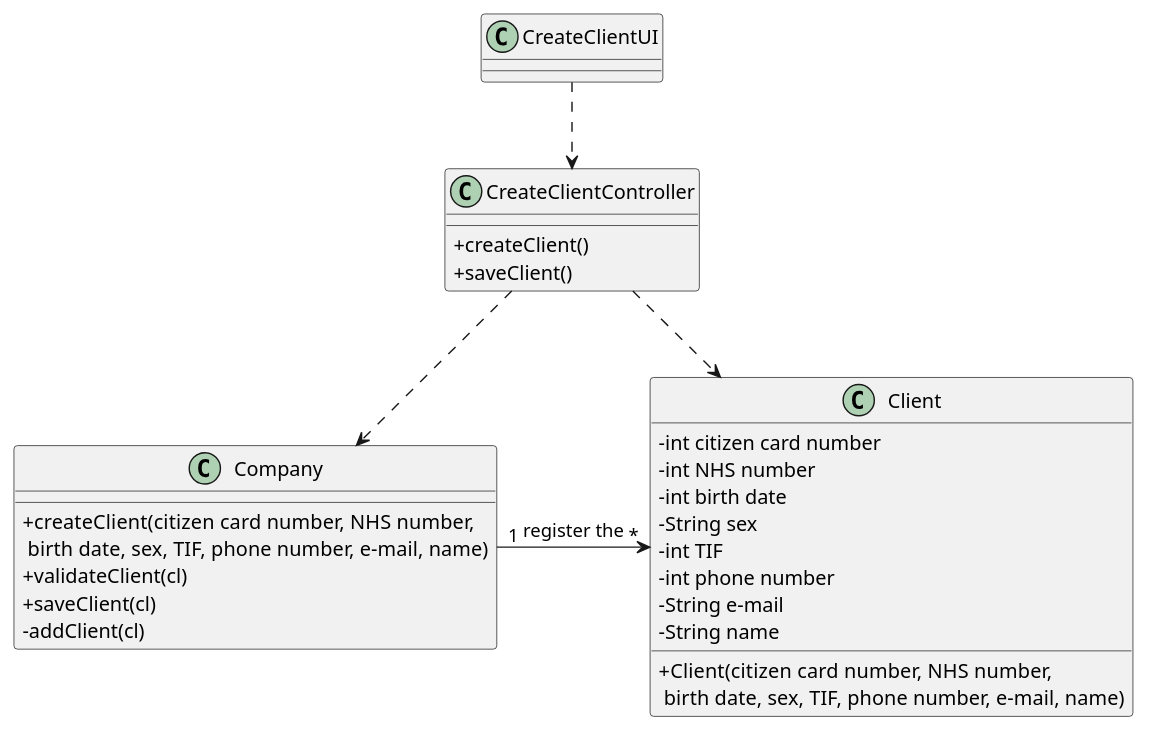
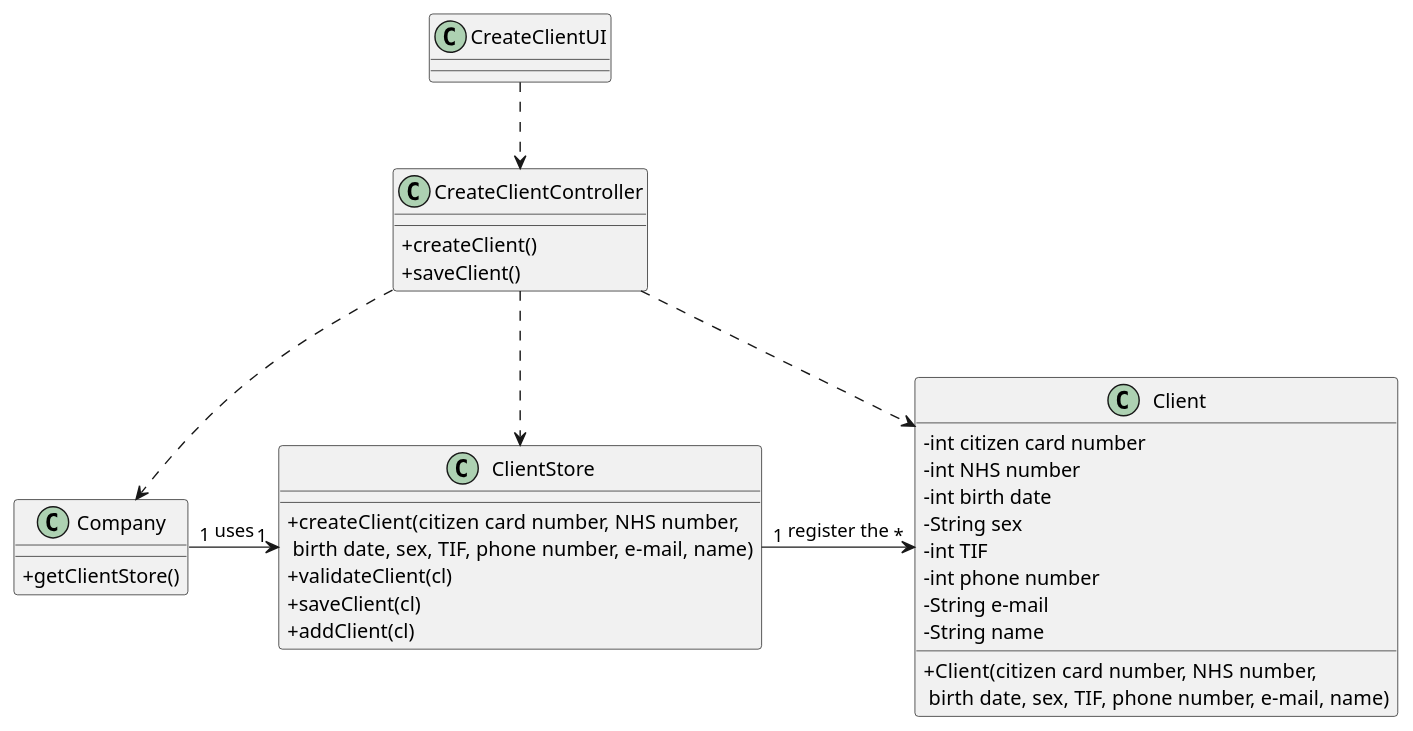
One commit to manu-07-ela/LAPR2_ISEP changed the diagram in docs/SprintB/US03/US3_CD.puml. Above: the diagram before and after it, drawn with PlantUML. The commit also changed 2 other files, not shown here.

```diff
--- a/docs/SprintB/US03/US3_CD.puml
+++ b/docs/SprintB/US03/US3_CD.puml
@@ -1,38 +1,45 @@
 @startuml
 skinparam classAttributeIconSize 0
-
 
 class Client {
   -int citizen card number
   -int NHS number
   -int birth date
   -String sex
   -int TIF
   -int phone number
   -String e-mail
   -String name
   +Client(citizen card number, NHS number,\n birth date, sex, TIF, phone number, e-mail, name)
 }
 
 class Company {
+  +getClientStore()
+}
+
+class ClientStore {
   +createClient(citizen card number, NHS number,\n birth date, sex, TIF, phone number, e-mail, name)
   +validateClient(cl)
   +saveClient(cl)
-  -addClient(cl)
+  +addClient(cl)
 }
 
 class CreateClientController {
   +createClient()
   +saveClient()
 }
 
 class CreateClientUI {
 
 }
 
 CreateClientUI ..> CreateClientController
+CreateClientController ..> Company
 CreateClientController ..> Client
-CreateClientController ..> Company
-Company "1" -> "*" Client : register the
+CreateClientController ..> ClientStore
+Company "1" -> "1" ClientStore : uses
+ClientStore "1" -> "*" Client : register the
+
+
 
 @enduml
```
